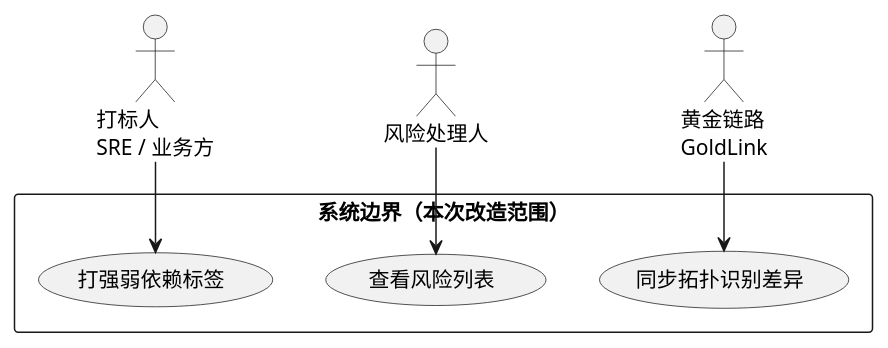
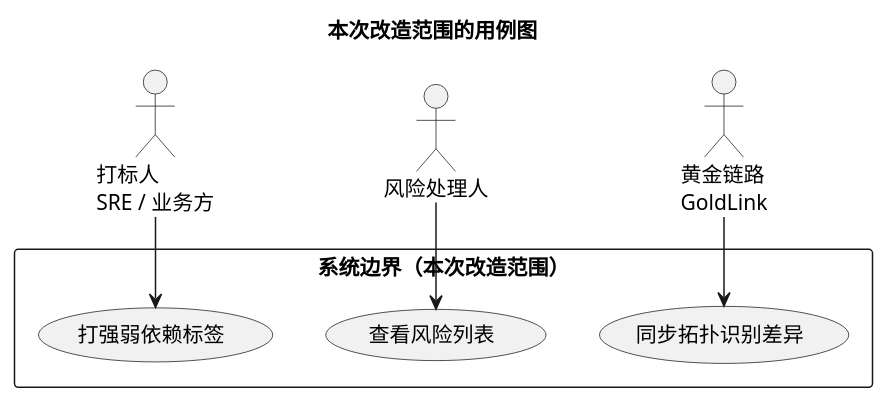
The second of 5 diagrams in zele-plan/references/output-format.md (zelehuangdog-source/zeleSkills), drawn with PlantUML before and after one commit. The commit also changed other lines of this file and 1 other file, not shown here.

First line of the commit message:
zele-plan：三类图必须自带标题，业务序列图标题说清谁在干什么

````diff
--- a/zele-plan/references/output-format.md
+++ b/zele-plan/references/output-format.md
@@ -104,15 +107,16 @@
 ```plantuml
+title 本次改造范围的用例图
 actor "打标人\nSRE / 业务方" as A1
 actor "风险处理人" as A2
 actor "黄金链路\nGoldLink" as A3
 
 rectangle "系统边界（本次改造范围）" {
   usecase "打强弱依赖标签" as UC1
   usecase "查看风险列表" as UC2
   usecase "同步拓扑识别差异" as UC3
 }
 
 A1 --> UC1
 A2 --> UC2
 A3 --> UC3
 ```
````
